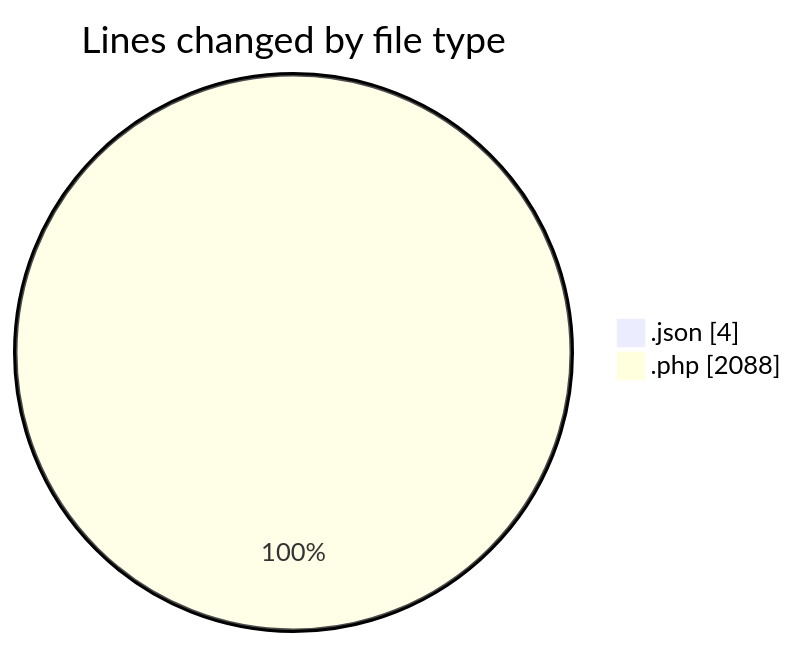
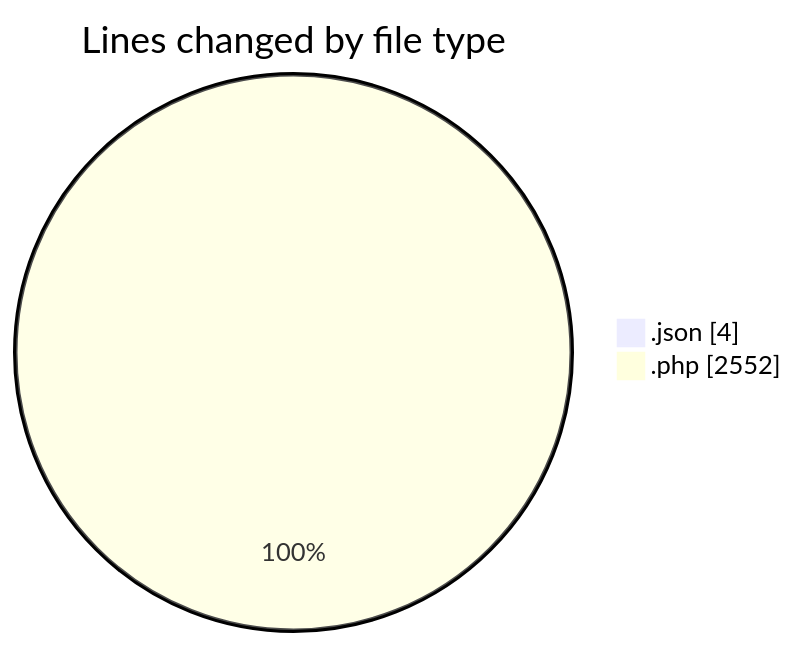
The first of 2 diagrams in 2026-06-30/wp-content/README.md (debugP/code-tracking), drawn with Mermaid before and after one commit. The commit also changed other lines of this file and 1 other file, not shown here.

````diff
--- a/2026-06-30/wp-content/README.md
+++ b/2026-06-30/wp-content/README.md
@@ -22,6 +24,6 @@
 ```mermaid
 pie showData
 title Lines changed by file type
 ".json" : 4
-".php" : 2088
+".php" : 2552
 ```
````
